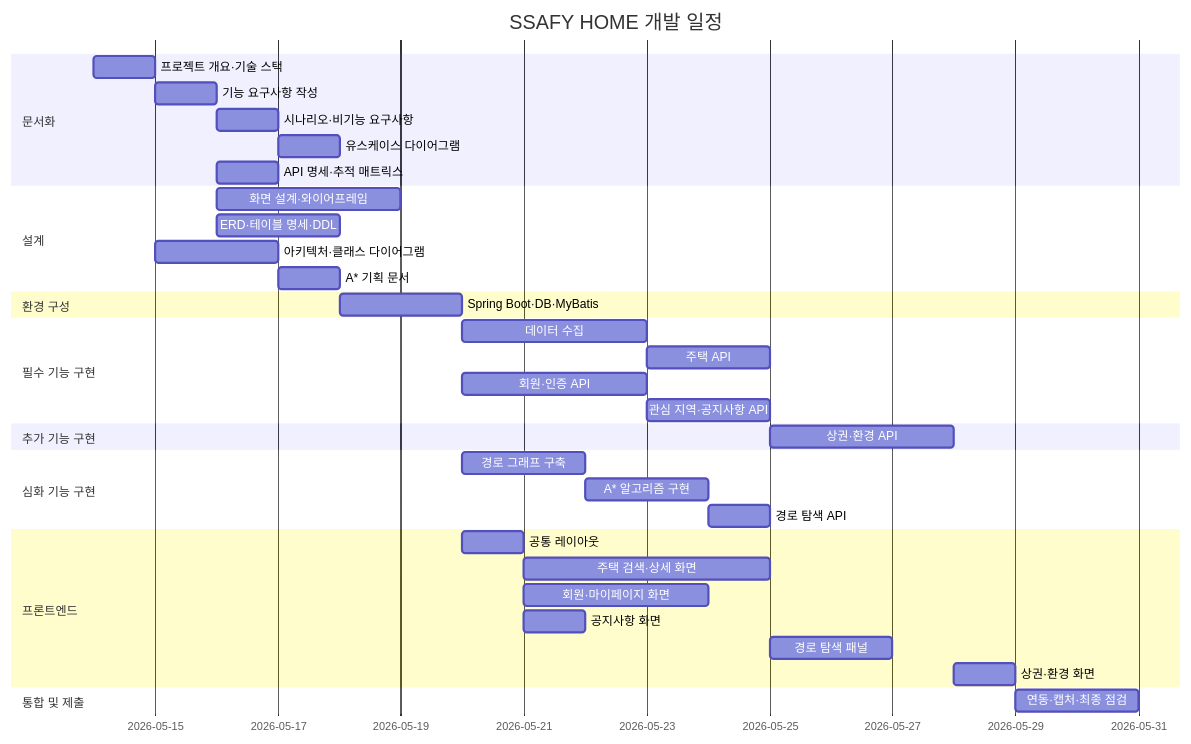
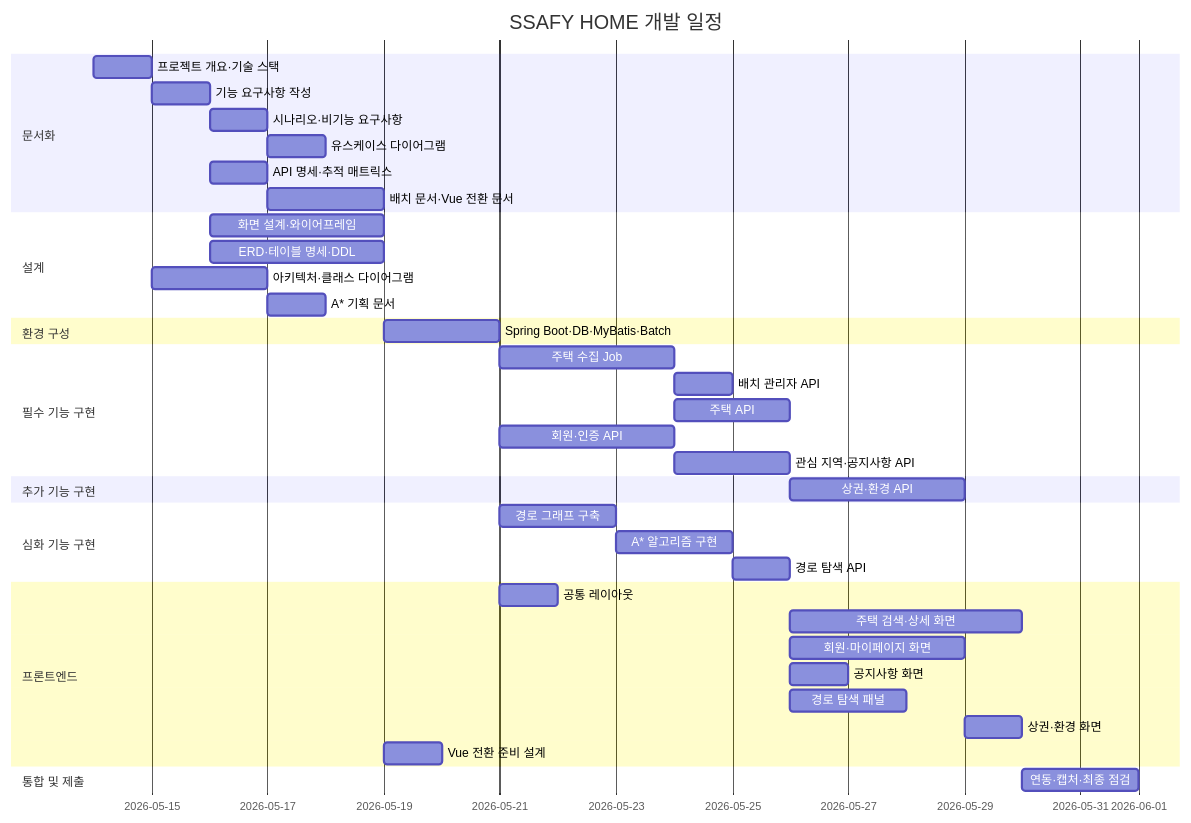
One commit to farewell-old-creaky-home-always-with-me/ssafy-pjt changed the diagram in docs/08_schedule/gantt-chart.md. Above: the diagram before and after it, drawn with Mermaid. The commit also changed other lines of this file and 28 other files, not shown here.

````diff
--- a/docs/08_schedule/gantt-chart.md
+++ b/docs/08_schedule/gantt-chart.md
@@ -71,45 +75,48 @@
 ```mermaid
 gantt
     title SSAFY HOME 개발 일정
     dateFormat  YYYY-MM-DD
     section 문서화
-    프로젝트 개요·기술 스택  :doc1, 2026-05-14, 1d
-    기능 요구사항 작성       :doc2, after doc1, 1d
-    시나리오·비기능 요구사항  :doc3, after doc2, 1d
-    유스케이스 다이어그램     :doc4, after doc3, 1d
-    API 명세·추적 매트릭스   :doc5, after doc2, 1d
+    프로젝트 개요·기술 스택      :doc1, 2026-05-14, 1d
+    기능 요구사항 작성           :doc2, after doc1, 1d
+    시나리오·비기능 요구사항      :doc3, after doc2, 1d
+    유스케이스 다이어그램         :doc4, after doc3, 1d
+    API 명세·추적 매트릭스       :doc5, after doc2, 1d
+    배치 문서·Vue 전환 문서      :doc6, after doc5, 2d
 
     section 설계
-    화면 설계·와이어프레임   :des1, after doc2, 3d
-    ERD·테이블 명세·DDL     :des2, after doc2, 2d
-    아키텍처·클래스 다이어그램 :des3, after doc1, 2d
-    A* 기획 문서             :des4, after des3, 1d
+    화면 설계·와이어프레임       :des1, after doc2, 3d
+    ERD·테이블 명세·DDL         :des2, after doc2, 3d
+    아키텍처·클래스 다이어그램     :des3, after doc1, 2d
+    A* 기획 문서                 :des4, after des3, 1d
 
     section 환경 구성
-    Spring Boot·DB·MyBatis  :env1, after des2, 2d
+    Spring Boot·DB·MyBatis·Batch :env1, after des2, 2d
 
     section 필수 기능 구현
-    데이터 수집               :impl1, after env1, 3d
-    주택 API                  :impl2, after impl1, 2d
-    회원·인증 API             :impl3, after env1, 3d
-    관심 지역·공지사항 API     :impl4, after impl3, 2d
+    주택 수집 Job               :impl1, after env1, 3d
+    배치 관리자 API             :impl2, after impl1, 1d
+    주택 API                    :impl3, after impl1, 2d
+    회원·인증 API               :impl4, after env1, 3d
+    관심 지역·공지사항 API       :impl5, after impl4, 2d
 
     section 추가 기능 구현
-    상권·환경 API             :impl5, after impl2, 3d
+    상권·환경 API               :impl6, after impl3, 3d
 
     section 심화 기능 구현
-    경로 그래프 구축           :impl6, after env1, 2d
-    A* 알고리즘 구현           :impl7, after impl6, 2d
-    경로 탐색 API             :impl8, after impl7, 1d
+    경로 그래프 구축             :impl7, after env1, 2d
+    A* 알고리즘 구현             :impl8, after impl7, 2d
+    경로 탐색 API               :impl9, after impl8, 1d
 
     section 프론트엔드
-    공통 레이아웃             :fe1, after env1, 1d
-    주택 검색·상세 화면       :fe2, after fe1, 4d
-    회원·마이페이지 화면      :fe3, after fe1, 3d
-    공지사항 화면             :fe4, after fe1, 1d
-    경로 탐색 패널            :fe5, after impl8, 2d
-    상권·환경 화면            :fe6, after impl5, 1d
+    공통 레이아웃               :fe1, after env1, 1d
+    주택 검색·상세 화면         :fe2, after impl3, 4d
+    회원·마이페이지 화면        :fe3, after impl5, 3d
+    공지사항 화면               :fe4, after impl5, 1d
+    경로 탐색 패널              :fe5, after impl9, 2d
+    상권·환경 화면              :fe6, after impl6, 1d
+    Vue 전환 준비 설계          :fe7, after doc6, 1d
 
     section 통합 및 제출
-    연동·캡처·최종 점검       :fin1, after fe6, 2d
+    연동·캡처·최종 점검         :fin1, after fe6, 2d
 ```
````
